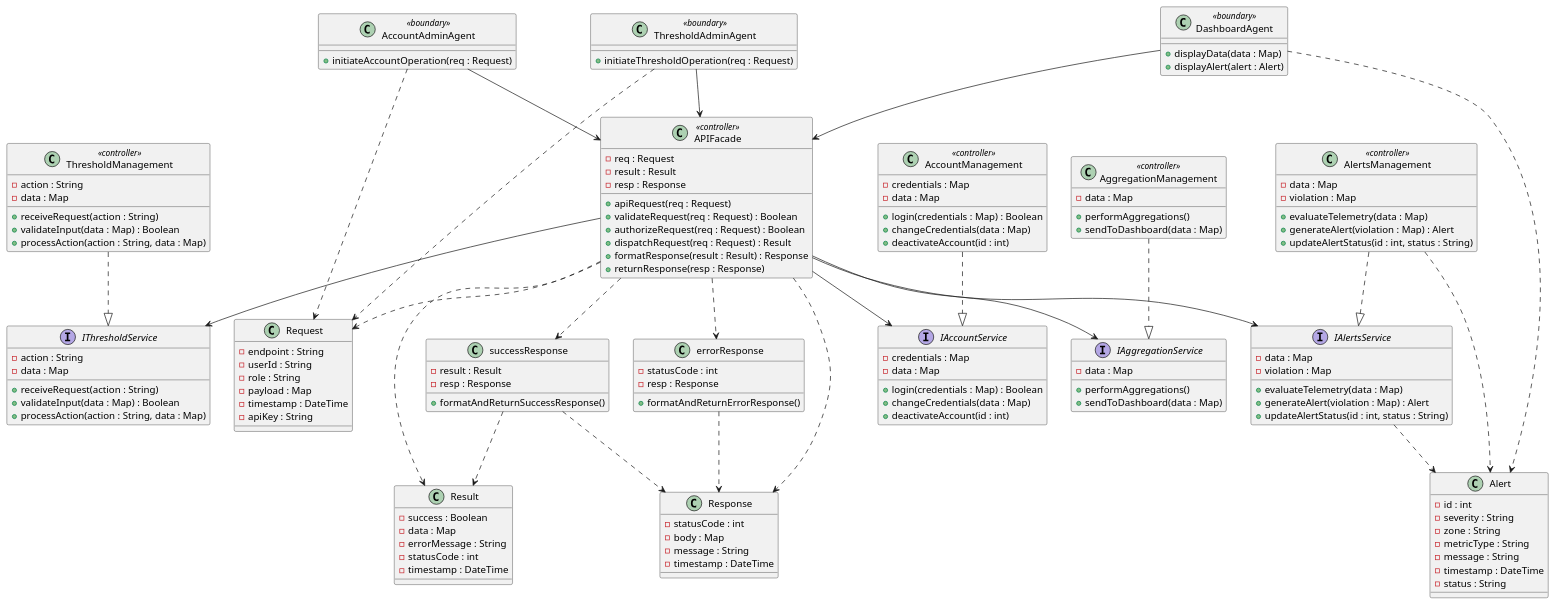
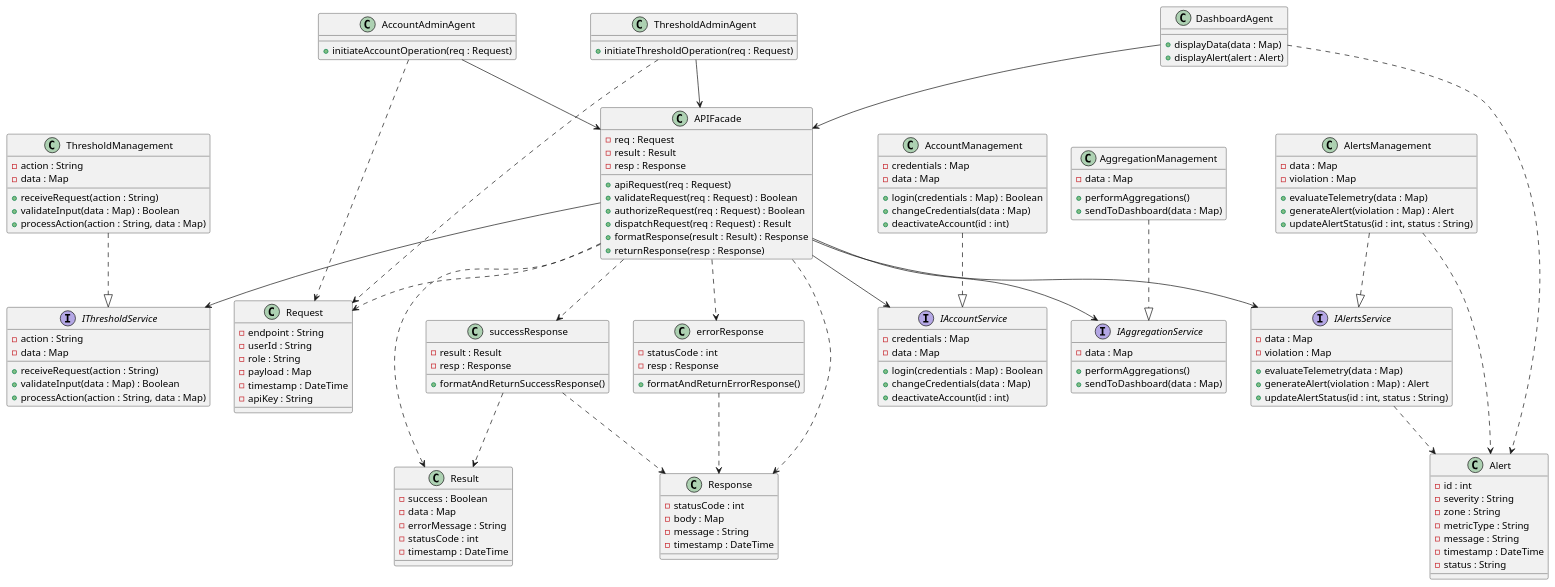
Before and after one commit to harmanpreet-sagar/sfwreng-3a04-group6-t01-scemas: the diagram in docs/diagrams/plantuml/class/api_facade_class.puml, drawn with PlantUML. The commit also changed 1 other file, not shown here.

Commit message:
remove boundary and controller explicit labels on class diagrams

```diff
--- a/docs/diagrams/plantuml/class/api_facade_class.puml
+++ b/docs/diagrams/plantuml/class/api_facade_class.puml
@@ -1,168 +1,168 @@
 @startuml APIFacade_ClassDiagram
 
 class Request {
   -endpoint : String
   -userId : String
   -role : String
   -payload : Map
   -timestamp : DateTime
   -apiKey : String
 }
 
 class Result {
   -success : Boolean
   -data : Map
   -errorMessage : String
   -statusCode : int
   -timestamp : DateTime
 }
 
 class Response {
   -statusCode : int
   -body : Map
   -message : String
   -timestamp : DateTime
 }
 
 class Alert {
   -id : int
   -severity : String
   -zone : String
   -metricType : String
   -message : String
   -timestamp : DateTime
   -status : String
 }
 
-class AccountAdminAgent <<boundary>> {
+class AccountAdminAgent {
   +initiateAccountOperation(req : Request)
 }
 
-class ThresholdAdminAgent <<boundary>> {
+class ThresholdAdminAgent {
   +initiateThresholdOperation(req : Request)
 }
 
-class DashboardAgent <<boundary>> {
+class DashboardAgent {
   +displayData(data : Map)
   +displayAlert(alert : Alert)
 }
 
-class APIFacade <<controller>> {
+class APIFacade {
   -req : Request
   -result : Result
   -resp : Response
   +apiRequest(req : Request)
   +validateRequest(req : Request) : Boolean
   +authorizeRequest(req : Request) : Boolean
   +dispatchRequest(req : Request) : Result
   +formatResponse(result : Result) : Response
   +returnResponse(resp : Response)
 }
 
 interface IThresholdService {
   -action : String
   -data : Map
   +receiveRequest(action : String)
   +validateInput(data : Map) : Boolean
   +processAction(action : String, data : Map)
 }
 
 interface IAccountService {
   -credentials : Map
   -data : Map
   +login(credentials : Map) : Boolean
   +changeCredentials(data : Map)
   +deactivateAccount(id : int)
 }
 
 interface IAlertsService {
   -data : Map
   -violation : Map
   +evaluateTelemetry(data : Map)
   +generateAlert(violation : Map) : Alert
   +updateAlertStatus(id : int, status : String)
 }
 
 interface IAggregationService {
   -data : Map
   +performAggregations()
   +sendToDashboard(data : Map)
 }
 
-class ThresholdManagement <<controller>> {
+class ThresholdManagement {
   -action : String
   -data : Map
   +receiveRequest(action : String)
   +validateInput(data : Map) : Boolean
   +processAction(action : String, data : Map)
 }
 
-class AccountManagement <<controller>> {
+class AccountManagement {
   -credentials : Map
   -data : Map
   +login(credentials : Map) : Boolean
   +changeCredentials(data : Map)
   +deactivateAccount(id : int)
 }
 
-class AlertsManagement <<controller>> {
+class AlertsManagement {
   -data : Map
   -violation : Map
   +evaluateTelemetry(data : Map)
   +generateAlert(violation : Map) : Alert
   +updateAlertStatus(id : int, status : String)
 }
 
-class AggregationManagement <<controller>> {
+class AggregationManagement {
   -data : Map
   +performAggregations()
   +sendToDashboard(data : Map)
 }
 
 class successResponse {
   -result : Result
   -resp : Response
   +formatAndReturnSuccessResponse()
 }
 
 class errorResponse {
   -statusCode : int
   -resp : Response
   +formatAndReturnErrorResponse()
 }
 
 ' Custom type dependencies
 AccountAdminAgent ..> Request
 ThresholdAdminAgent ..> Request
 DashboardAgent ..> Alert
 APIFacade ..> Request
 APIFacade ..> Result
 APIFacade ..> Response
 IAlertsService ..> Alert
 AlertsManagement ..> Alert
 successResponse ..> Result
 successResponse ..> Response
 errorResponse ..> Response
 
 ' Agents send requests to APIFacade
 AccountAdminAgent   --> APIFacade
 ThresholdAdminAgent --> APIFacade
 DashboardAgent      --> APIFacade
 
 ' APIFacade routes to service interfaces
 APIFacade --> IThresholdService
 APIFacade --> IAccountService
 APIFacade --> IAlertsService
 APIFacade --> IAggregationService
 
 ' APIFacade produces success or error response
 APIFacade ..> successResponse
 APIFacade ..> errorResponse
 
 ' Concrete classes implement service interfaces
 ThresholdManagement   ..|> IThresholdService
 AccountManagement     ..|> IAccountService
 AlertsManagement      ..|> IAlertsService
 AggregationManagement ..|> IAggregationService
 
 @enduml
```
